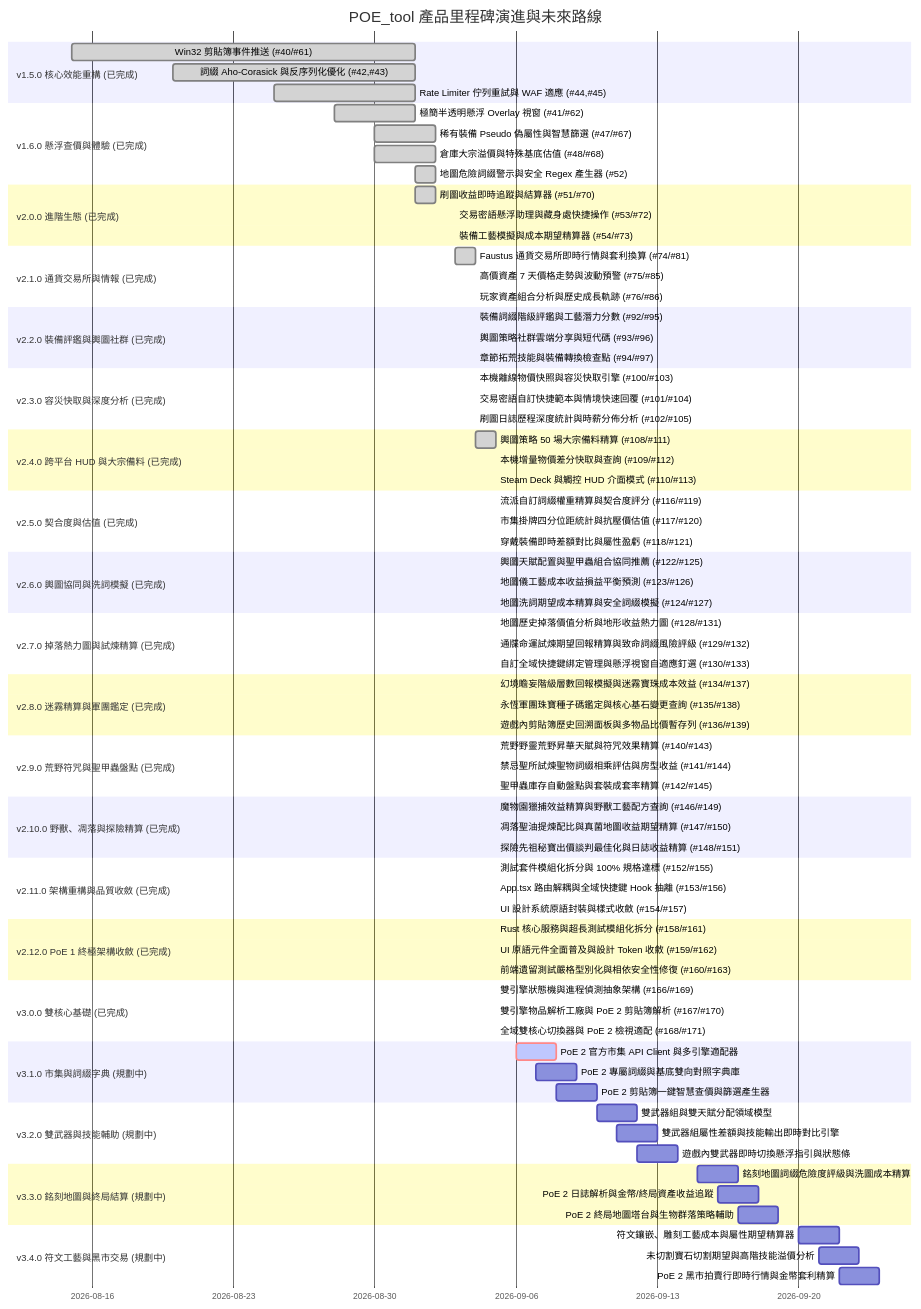
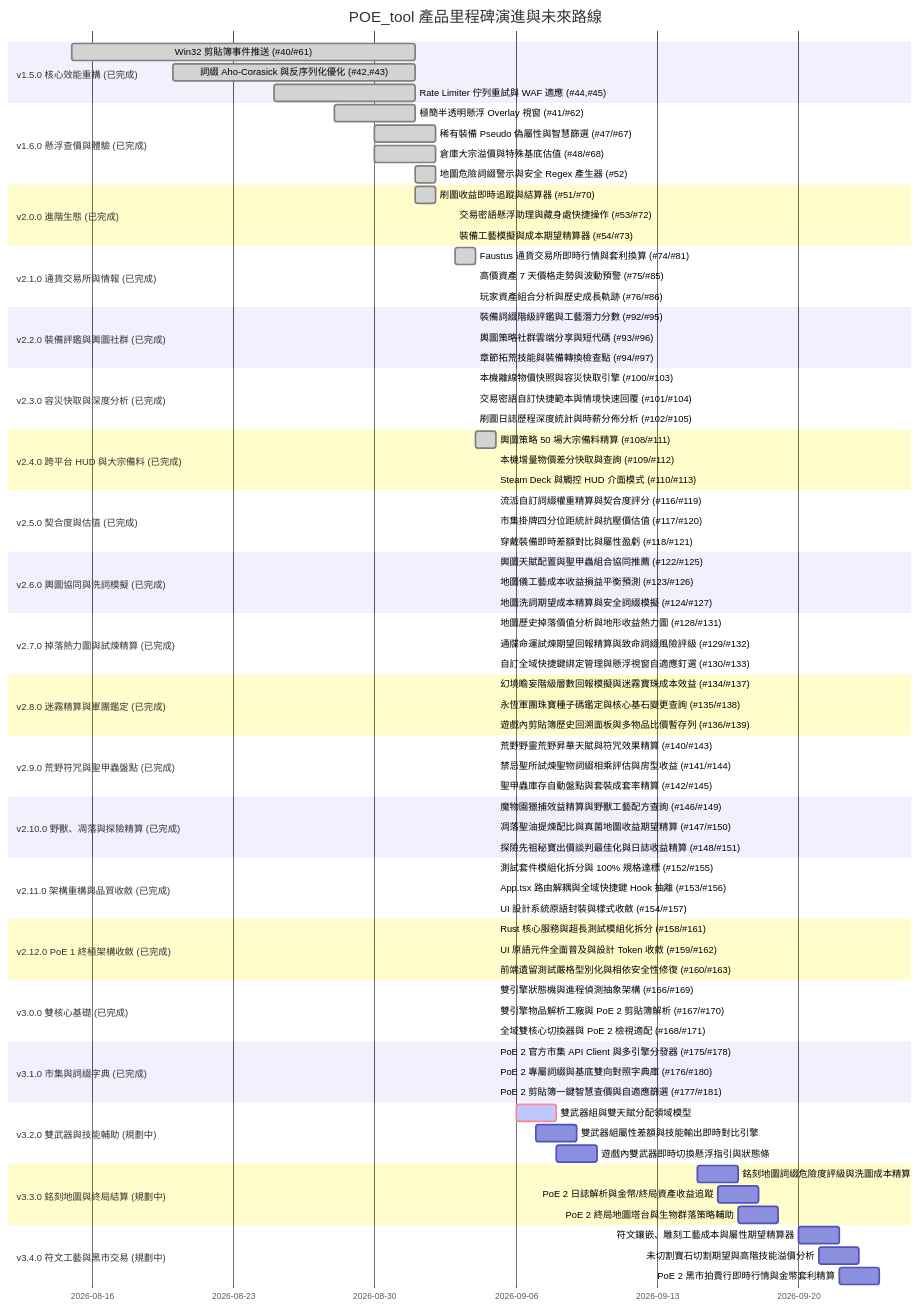
One commit to saijo0404/POE-tool changed the diagram in ROADMAP.md. Above: the diagram before and after it, drawn with Mermaid. The commit also changed other lines of this file and 7 other files, not shown here.

Commit message:
chore(release): bump version to v3.1.0 and update changelog & roadmap (#182)

```diff
--- a/ROADMAP.md
+++ b/ROADMAP.md
@@ -141,14 +141,14 @@
     雙引擎狀態機與進程偵測抽象架構 (#166/#169)       :done,    m16_1, 2026-09-05, 2026-09-05
     雙引擎物品解析工廠與 PoE 2 剪貼簿解析 (#167/#170) :done,    m16_2, 2026-09-05, 2026-09-05
     全域雙核心切換器與 PoE 2 檢視適配 (#168/#171)   :done,    m16_3, 2026-09-05, 2026-09-05
-    section v3.1.0 市集與詞綴字典 (規劃中)
-    PoE 2 官方市集 API Client 與多引擎適配器         :crit, active, m17_1, 2026-09-06, 2026-09-08
-    PoE 2 專屬詞綴與基底雙向對照字典庫             :m17_2, 2026-09-07, 2026-09-09
-    PoE 2 剪貼簿一鍵智慧查價與篩選產生器           :m17_3, 2026-09-08, 2026-09-10
+    section v3.1.0 市集與詞綴字典 (已完成)
+    PoE 2 官方市集 API Client 與多引擎分發器 (#175/#178) :done,    m17_1, 2026-09-05, 2026-09-05
+    PoE 2 專屬詞綴與基底雙向對照字典庫 (#176/#180)       :done,    m17_2, 2026-09-05, 2026-09-05
+    PoE 2 剪貼簿一鍵智慧查價與自適應篩選 (#177/#181)     :done,    m17_3, 2026-09-05, 2026-09-05
     section v3.2.0 雙武器與技能輔助 (規劃中)
-    雙武器組與雙天賦分配領域模型                   :m18_1, 2026-09-10, 2026-09-12
-    雙武器組屬性差額與技能輸出即時對比引擎           :m18_2, 2026-09-11, 2026-09-13
-    遊戲內雙武器即時切換懸浮指引與狀態條           :m18_3, 2026-09-12, 2026-09-14
+    雙武器組與雙天賦分配領域模型                   :crit, active, m18_1, 2026-09-06, 2026-09-08
+    雙武器組屬性差額與技能輸出即時對比引擎           :m18_2, 2026-09-07, 2026-09-09
+    遊戲內雙武器即時切換懸浮指引與狀態條           :m18_3, 2026-09-08, 2026-09-10
     section v3.3.0 銘刻地圖與終局結算 (規劃中)
     銘刻地圖詞綴危險度評級與洗圖成本精算           :m19_1, 2026-09-15, 2026-09-17
     PoE 2 日誌解析與金幣/終局資產收益追蹤          :m19_2, 2026-09-16, 2026-09-18
```
